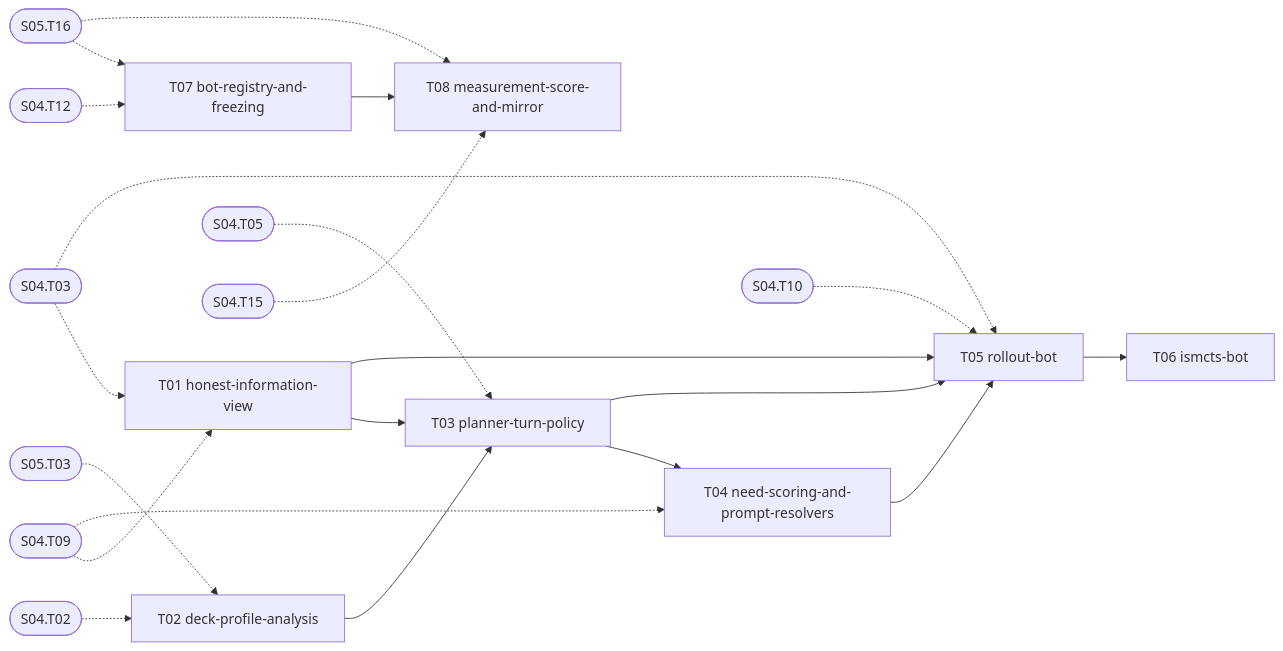
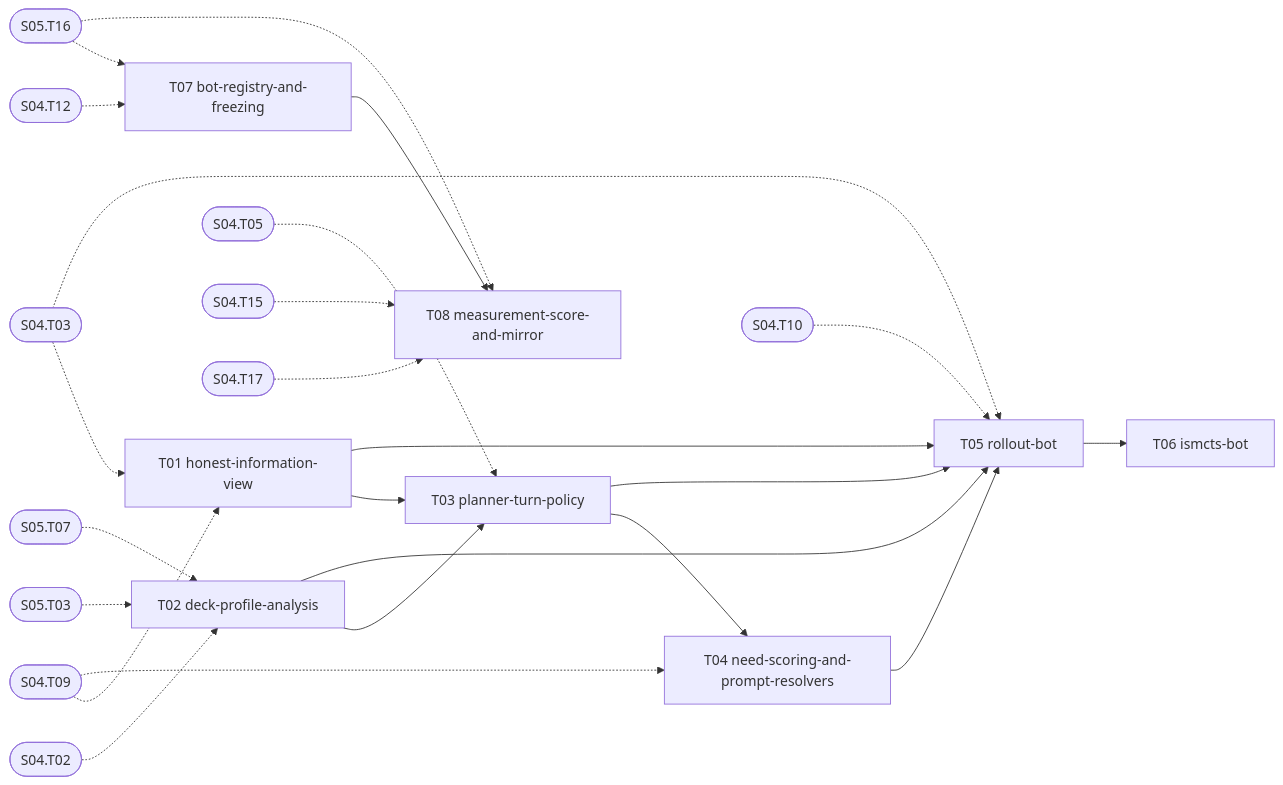
Before and after one commit to ManoFardo-PR/pokemon2: the diagram in docs/stages/06-bots/README.md, drawn with Mermaid. The commit also changed other lines of this file and 16 other files, not shown here.

````diff
--- a/docs/stages/06-bots/README.md
+++ b/docs/stages/06-bots/README.md
@@ -35,31 +35,34 @@
 ```mermaid
 graph LR
   S06_T01["T01 honest-information-view"]
   S06_T02["T02 deck-profile-analysis"]
   S06_T03["T03 planner-turn-policy"]
   S06_T04["T04 need-scoring-and-prompt-resolvers"]
   S06_T05["T05 rollout-bot"]
   S06_T06["T06 ismcts-bot"]
   S06_T07["T07 bot-registry-and-freezing"]
   S06_T08["T08 measurement-score-and-mirror"]
   S06_T01 --> S06_T03
   S06_T02 --> S06_T03
   S06_T03 --> S06_T04
   S06_T01 --> S06_T05
+  S06_T02 --> S06_T05
   S06_T03 --> S06_T05
   S06_T04 --> S06_T05
   S06_T05 --> S06_T06
   S06_T07 --> S06_T08
   S04_T03(["S04.T03"]) -.-> S06_T01
   S04_T09(["S04.T09"]) -.-> S06_T01
   S04_T02(["S04.T02"]) -.-> S06_T02
   S05_T03(["S05.T03"]) -.-> S06_T02
+  S05_T07(["S05.T07"]) -.-> S06_T02
   S04_T05(["S04.T05"]) -.-> S06_T03
   S04_T09(["S04.T09"]) -.-> S06_T04
   S04_T03(["S04.T03"]) -.-> S06_T05
   S04_T10(["S04.T10"]) -.-> S06_T05
   S04_T12(["S04.T12"]) -.-> S06_T07
   S05_T16(["S05.T16"]) -.-> S06_T07
   S04_T15(["S04.T15"]) -.-> S06_T08
+  S04_T17(["S04.T17"]) -.-> S06_T08
   S05_T16(["S05.T16"]) -.-> S06_T08
 ```
````
